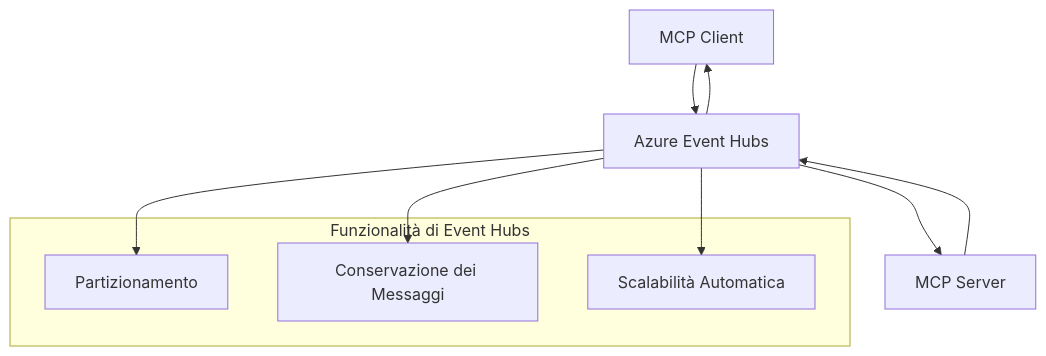
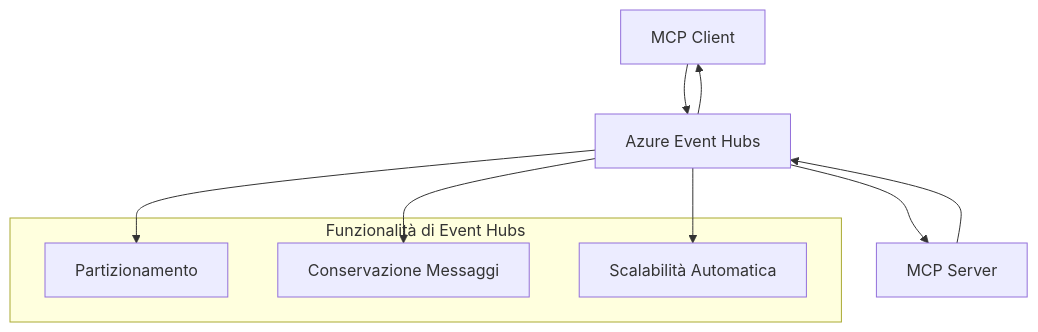
Before and after one commit to HIDORAKAI002/ai-workspace-archive: the second of 2 diagrams in mcp_ecosystem__model_context_protocol/mcp_learning_resources/mcp-for-beginners/translations/it/05-AdvancedTopics/mcp-transport/README.md, drawn with Mermaid. The commit also changed other lines of this file and 1539 other files, not shown here.

````diff
--- a/mcp_ecosystem__model_context_protocol/mcp_learning_resources/mcp-for-beginners/translations/it/05-AdvancedTopics/mcp-transport/README.md
+++ b/mcp_ecosystem__model_context_protocol/mcp_learning_resources/mcp-for-beginners/translations/it/05-AdvancedTopics/mcp-transport/README.md
@@ -269,17 +270,17 @@
 ```mermaid
 graph TB
     Client[MCP Client] --> EH[Azure Event Hubs]
     EH --> Server[MCP Server]
     Server --> EH
     EH --> Client
     
     subgraph "Funzionalità di Event Hubs"
         Partition[Partizionamento]
-        Retention[Conservazione dei Messaggi]
+        Retention[Conservazione Messaggi]
         Scaling[Scalabilità Automatica]
     end
     
     EH --> Partition
     EH --> Retention
     EH --> Scaling
 ```
````
